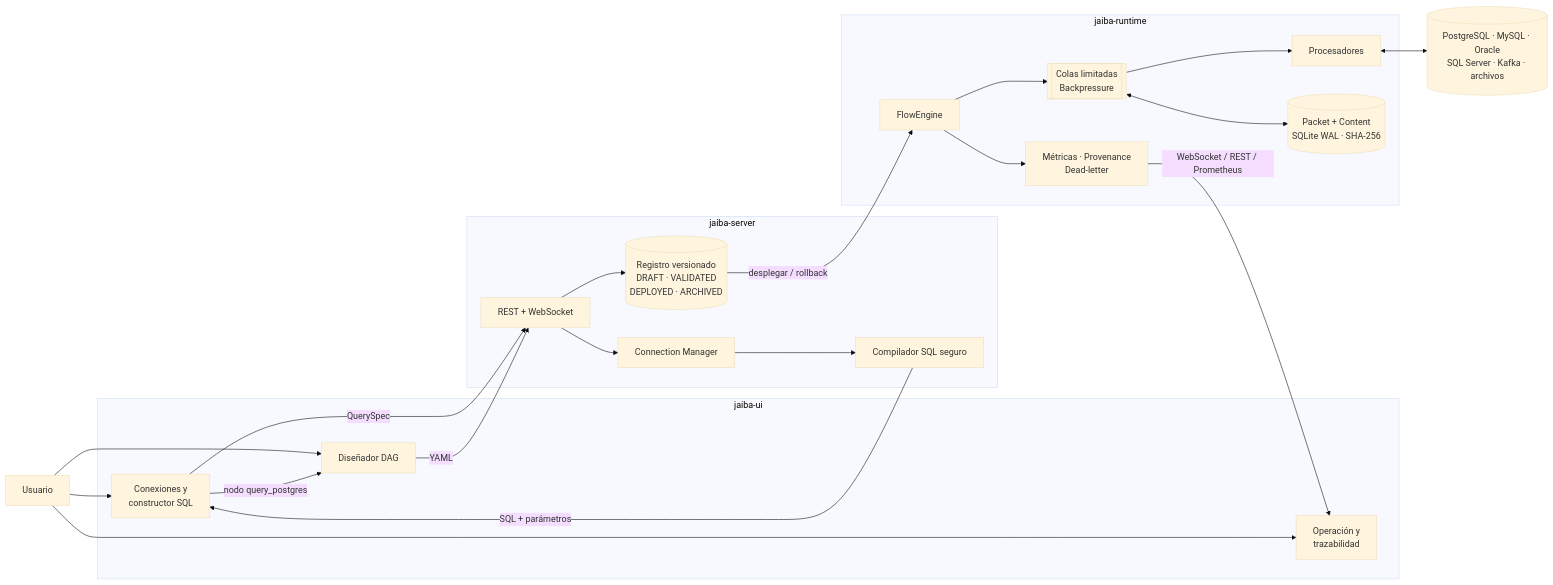
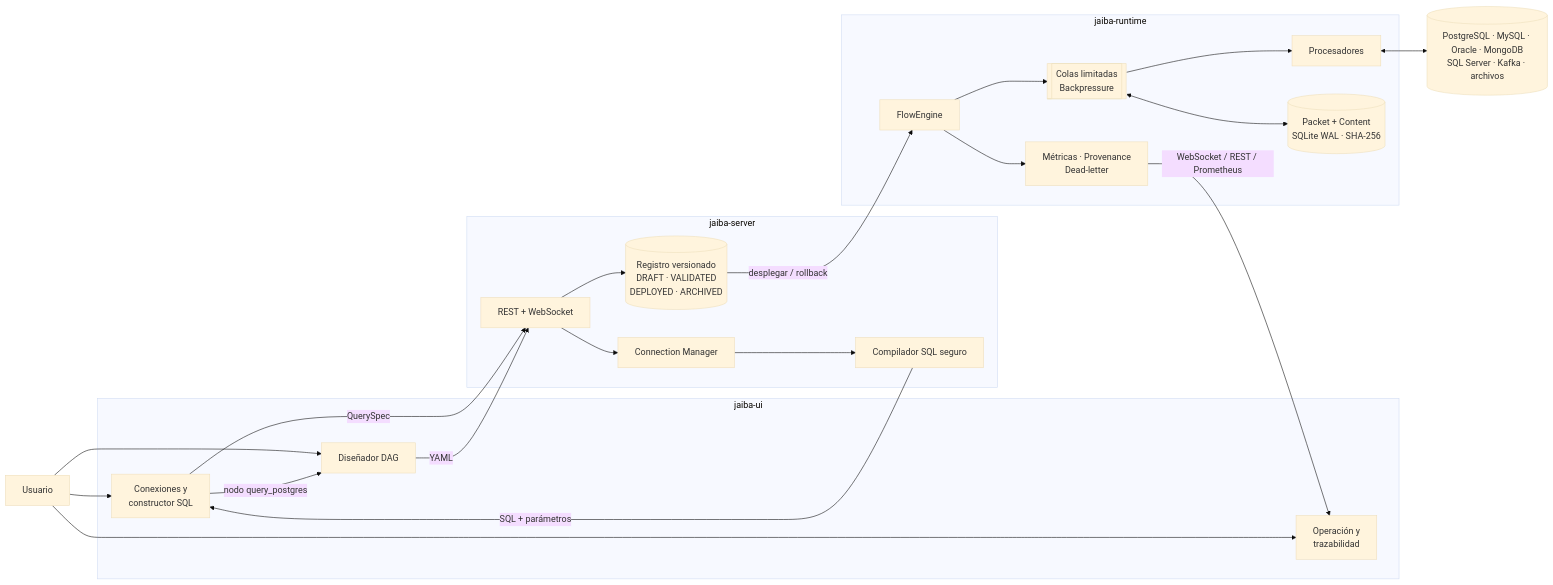
One commit to dfr2098/jaiva changed the diagram in README.md. Above: the diagram before and after it, drawn with Mermaid (base theme). The commit also changed other lines of this file and 61 other files, not shown here.

````diff
--- a/README.md
+++ b/README.md
@@ -22,44 +26,44 @@
 ```mermaid
 flowchart LR
     USER["Usuario"]
 
     subgraph UI["jaiba-ui"]
         CMUI["Conexiones y<br/>constructor SQL"]
         DESIGNER["Diseñador DAG"]
         OPS["Operación y<br/>trazabilidad"]
     end
 
     subgraph SERVER["jaiba-server"]
         API["REST + WebSocket"]
         CM["Connection Manager"]
         SQL["Compilador SQL seguro"]
         VERSIONS[("Registro versionado<br/>DRAFT · VALIDATED<br/>DEPLOYED · ARCHIVED")]
     end
 
     subgraph RUNTIME["jaiba-runtime"]
         ENGINE["FlowEngine"]
         QUEUE[["Colas limitadas<br/>Backpressure"]]
         PROCESSORS["Procesadores"]
         REPOSITORY[("Packet + Content<br/>SQLite WAL · SHA-256")]
         OBS["Métricas · Provenance<br/>Dead-letter"]
     end
 
-    SYSTEMS[("PostgreSQL · MySQL · Oracle<br/>SQL Server · Kafka · archivos")]
+    SYSTEMS[("PostgreSQL · MySQL · Oracle · MongoDB<br/>SQL Server · Kafka · archivos")]
 
     USER --> CMUI
     USER --> DESIGNER
     USER --> OPS
     CMUI -->|QuerySpec| API
     API --> CM
     CM --> SQL
     SQL -->|SQL + parámetros| CMUI
     CMUI -->|nodo query_postgres| DESIGNER
     DESIGNER -->|YAML| API
     API --> VERSIONS
     VERSIONS -->|desplegar / rollback| ENGINE
     ENGINE --> QUEUE --> PROCESSORS
     PROCESSORS <--> SYSTEMS
     QUEUE <--> REPOSITORY
     ENGINE --> OBS
     OBS -->|WebSocket / REST / Prometheus| OPS
 ```
````
